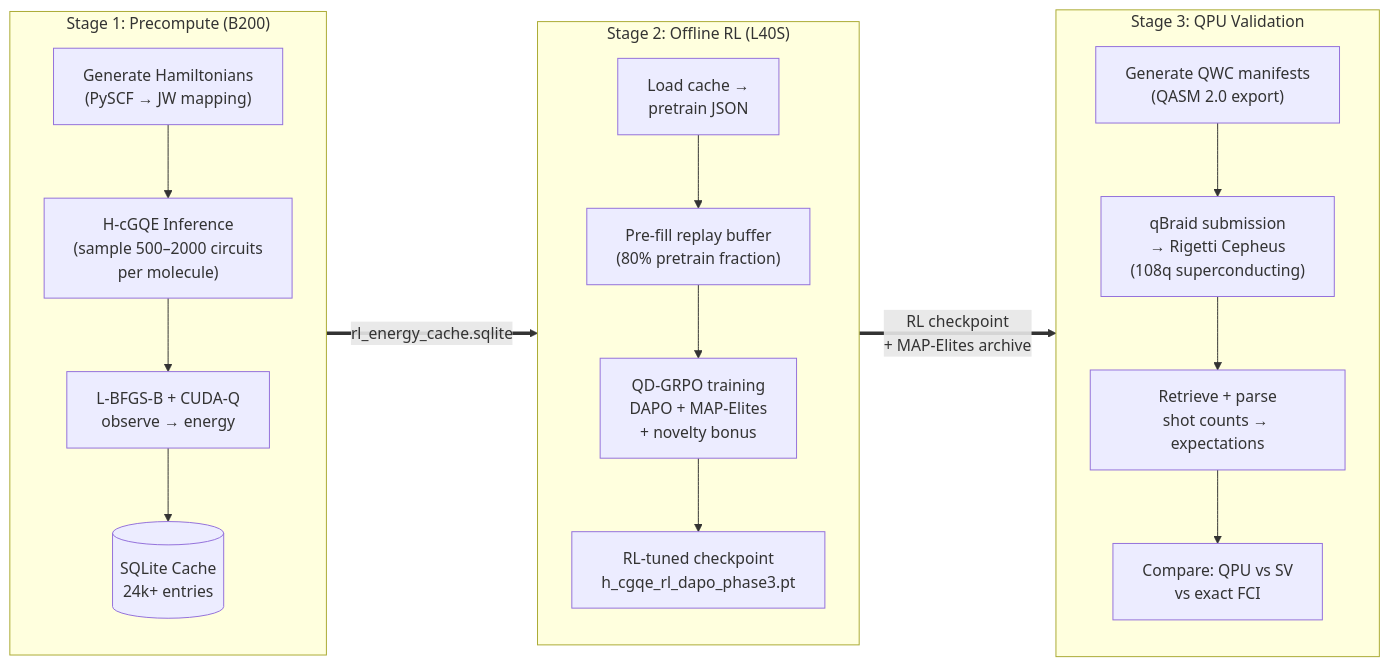
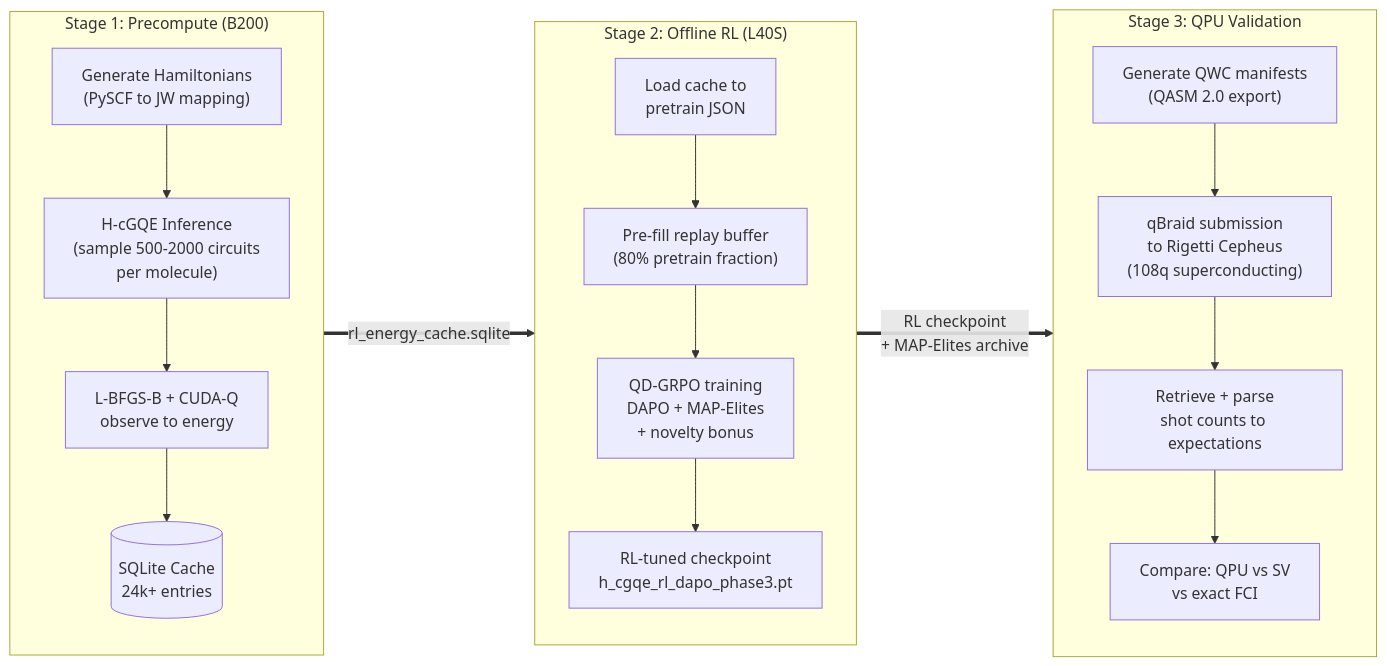
One commit to Quantum-Buddies/Conditional-GQE_materials changed diagram 11 of 11 in README.md. Above: the diagram before and after it, drawn with Mermaid. The commit also changed other lines of this file, not shown here.

First line of the commit message:
fix: replace all Unicode with ASCII in Mermaid diagrams for GitHub rendering

````diff
--- a/README.md
+++ b/README.md
@@ -726,32 +726,32 @@
 ```mermaid
 flowchart LR
     subgraph S1 ["Stage 1: Precompute (B200)"]
         direction TB
-        H1["Generate Hamiltonians<br>(PySCF → JW mapping)"]
-        H2["H-cGQE Inference<br>(sample 500–2000 circuits<br>per molecule)"]
-        H3["L-BFGS-B + CUDA-Q<br>observe → energy"]
+        H1["Generate Hamiltonians<br>(PySCF to JW mapping)"]
+        H2["H-cGQE Inference<br>(sample 500-2000 circuits<br>per molecule)"]
+        H3["L-BFGS-B + CUDA-Q<br>observe to energy"]
         H4[("SQLite Cache<br>24k+ entries")]
         H1 --> H2 --> H3 --> H4
     end
 
     subgraph S2 ["Stage 2: Offline RL (L40S)"]
         direction TB
-        R1["Load cache →<br>pretrain JSON"]
+        R1["Load cache to<br>pretrain JSON"]
         R2["Pre-fill replay buffer<br>(80% pretrain fraction)"]
         R3["QD-GRPO training<br>DAPO + MAP-Elites<br>+ novelty bonus"]
         R4["RL-tuned checkpoint<br>h_cgqe_rl_dapo_phase3.pt"]
         R1 --> R2 --> R3 --> R4
     end
 
     subgraph S3 ["Stage 3: QPU Validation"]
         direction TB
         Q1["Generate QWC manifests<br>(QASM 2.0 export)"]
-        Q2["qBraid submission<br>→ Rigetti Cepheus<br>(108q superconducting)"]
-        Q3["Retrieve + parse<br>shot counts → expectations"]
+        Q2["qBraid submission<br>to Rigetti Cepheus<br>(108q superconducting)"]
+        Q3["Retrieve + parse<br>shot counts to expectations"]
         Q4["Compare: QPU vs SV<br>vs exact FCI"]
         Q1 --> Q2 --> Q3 --> Q4
     end
 
     S1 ==>|"rl_energy_cache.sqlite"| S2
     S2 ==>|"RL checkpoint<br>+ MAP-Elites archive"| S3
 ```
````
